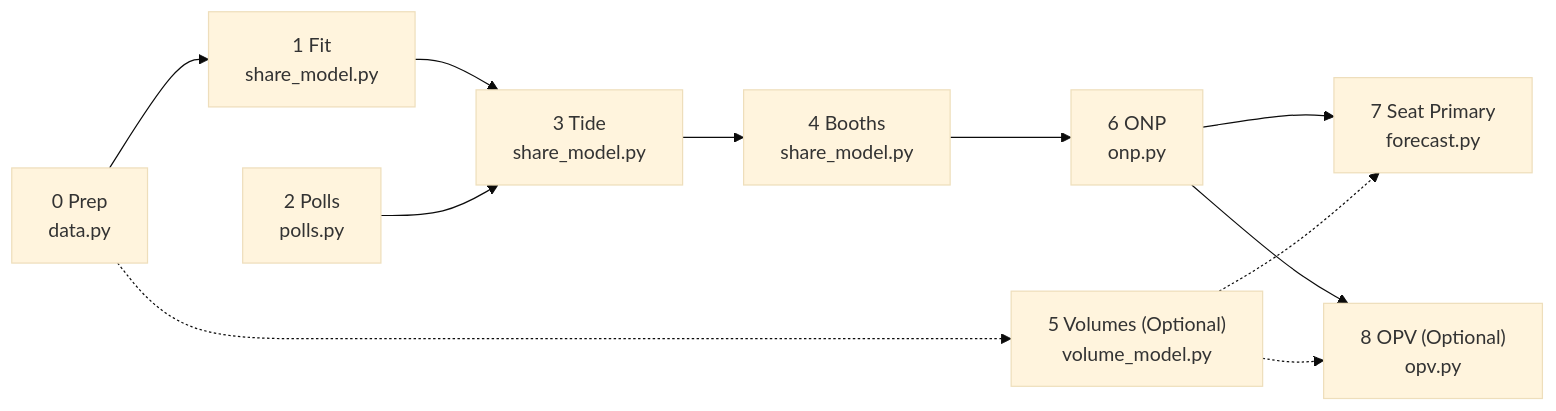
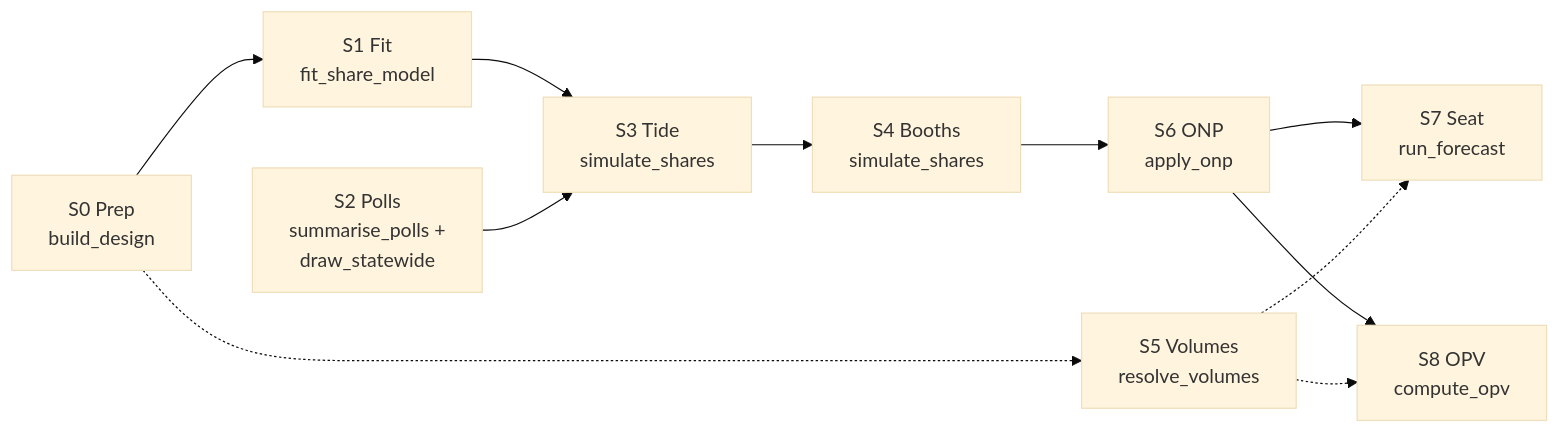
Before and after one commit to raeganraegan/ELECTION_ENGINE: the diagram in README.md, drawn with Mermaid (base theme). The commit also changed other lines of this file, not shown here.

````diff
--- a/README.md
+++ b/README.md
@@ -226,13 +311,13 @@
 ```mermaid
 flowchart LR
-    D["0 Prep<br/>data.py"] --> F["1 Fit<br/>share_model.py"]
-    F --> T["3 Tide<br/>share_model.py"]
-    P["2 Polls<br/>polls.py"] --> T
-    T --> B["4 Booths<br/>share_model.py"]
-    B --> O["6 ONP<br/>onp.py"]
-    O --> S["7 Seat Primary<br/>forecast.py"]
-    D -.-> V["5 Volumes (Optional)<br/>volume_model.py"]
+    D[S0 Prep<br/>build_design] --> F[S1 Fit<br/>fit_share_model]
+    F --> T[S3 Tide<br/>simulate_shares]
+    P[S2 Polls<br/>summarise_polls +<br/>draw_statewide] --> T
+    T --> B[S4 Booths<br/>simulate_shares]
+    B --> O[S6 ONP<br/>apply_onp]
+    O --> S[S7 Seat<br/>run_forecast]
+    D -.-> V[S5 Volumes<br/>resolve_volumes]
     V -.-> S
-    O --> N["8 OPV (Optional)<br/>opv.py"]
+    O --> N[S8 OPV<br/>compute_opv]
     V -.-> N
 ```
````
